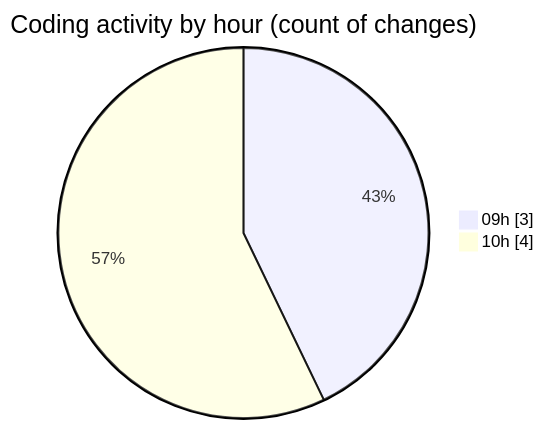
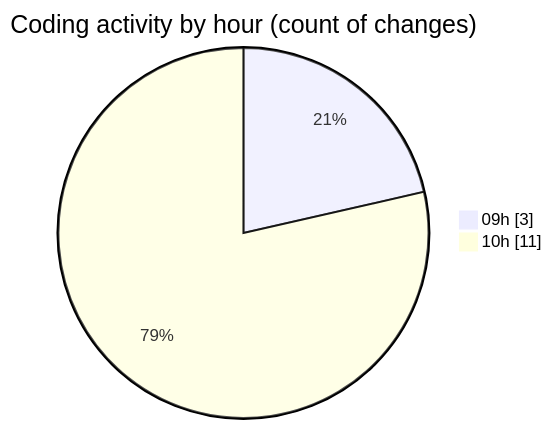
One commit to CELIANVF/code-tracking changed the second of 2 diagrams in 2025-05-02/ecodeli/README.md. Above: the diagram before and after it, drawn with Mermaid. The commit also changed other lines of this file and 1 other file, not shown here.

````diff
--- a/2025-05-02/ecodeli/README.md
+++ b/2025-05-02/ecodeli/README.md
@@ -33,6 +39,6 @@
 ```mermaid
 pie showData
 title Coding activity by hour (count of changes)
 "09h" : 3
-"10h" : 4
+"10h" : 11
 ```
````
